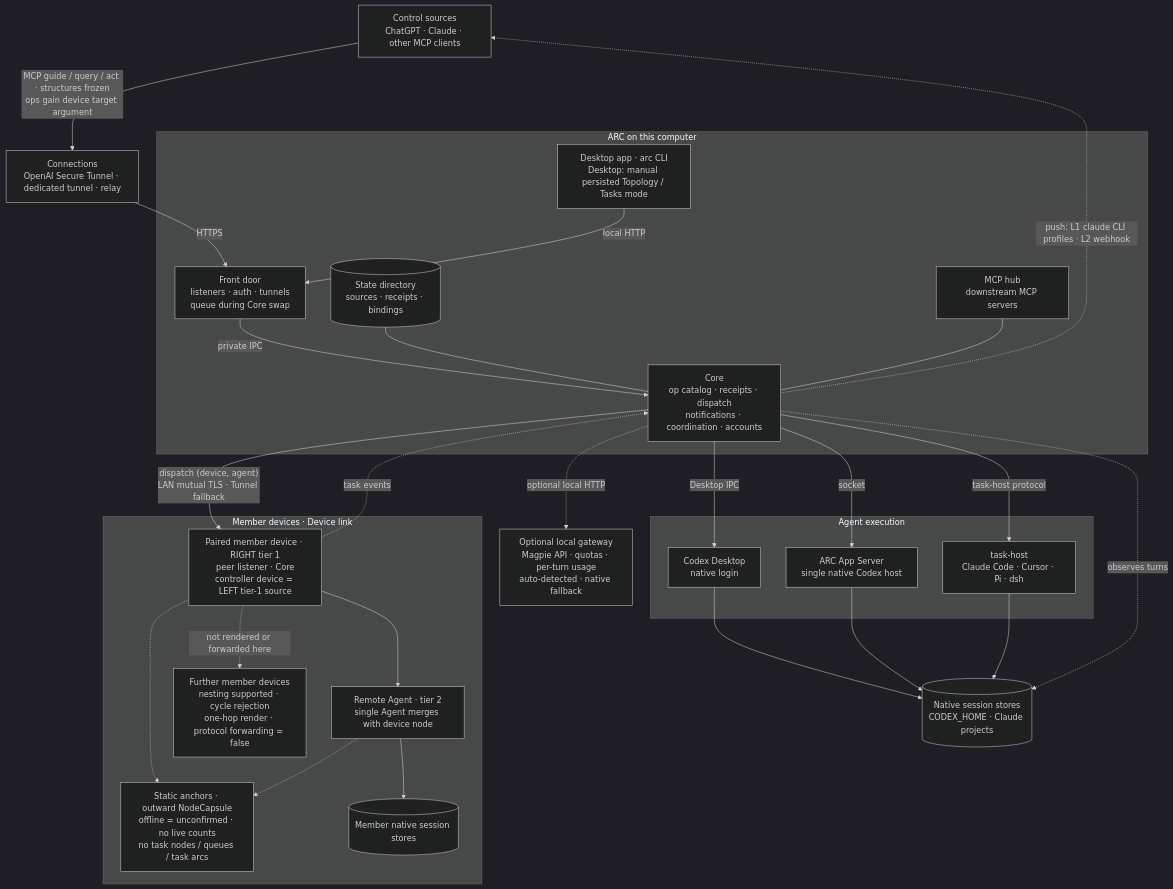
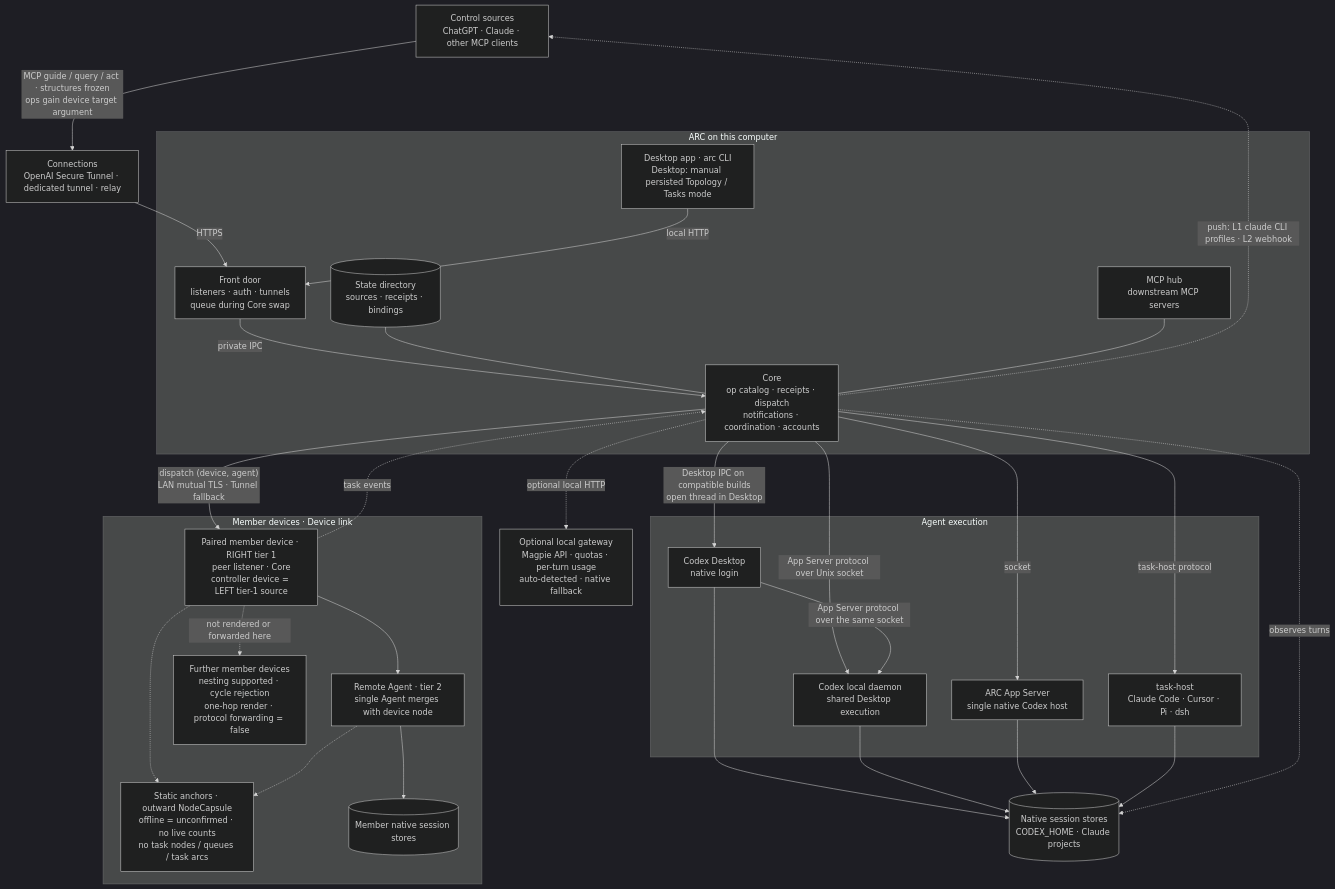
One commit to whzxc/agent-remote-control changed the diagram in arch/system-map.mmd. Above: the diagram before and after it, drawn with Mermaid (dark theme). The commit also changed 13 other files, not shown here.

Commit message:
fix(codex): dispatch Desktop tasks through the shared daemon

```diff
--- a/arch/system-map.mmd
+++ b/arch/system-map.mmd
@@ -1,50 +1,54 @@
 %% ARC system map (layer 0): processes, external parties and how they connect.
 %% Index and code mapping: docs/dev/arch-assets.md
 flowchart TB
   src["Control sources<br/>ChatGPT · Claude · other MCP clients"]
   net["Connections<br/>OpenAI Secure Tunnel · dedicated tunnel · relay"]
   subgraph HOST["ARC on this computer"]
     local["Desktop app · arc CLI<br/>Desktop: manual persisted Topology / Tasks mode"]
     fd["Front door<br/>listeners · auth · tunnels<br/>queue during Core swap"]
     state[("State directory<br/>sources · receipts · bindings")]
     hub["MCP hub<br/>downstream MCP servers"]
     core["Core<br/>op catalog · receipts · dispatch<br/>notifications · coordination · accounts"]
   end
   subgraph EXEC["Agent execution"]
     codexd["Codex Desktop<br/>native login"]
+    codexdaemon["Codex local daemon<br/>shared Desktop execution"]
     appsrv["ARC App Server<br/>single native Codex host"]
     taskhost["task-host<br/>Claude Code · Cursor · Pi · dsh"]
   end
   native[("Native session stores<br/>CODEX_HOME · Claude projects")]
   gateway["Optional local gateway<br/>Magpie API · quotas · per-turn usage<br/>auto-detected · native fallback"]
   subgraph MEMBERS["Member devices · Device link"]
     member["Paired member device · RIGHT tier 1<br/>peer listener · Core<br/>controller device = LEFT tier-1 source"]
     magent["Remote Agent · tier 2<br/>single Agent merges with device node"]
     mstates["Static anchors · outward NodeCapsule<br/>offline = unconfirmed · no live counts<br/>no task nodes / queues / task arcs"]
     mnative[("Member native session stores")]
     descendant["Further member devices<br/>nesting supported · cycle rejection<br/>one-hop render · protocol forwarding = false"]
   end
   src -->|"MCP guide / query / act · structures frozen<br/>ops gain device target argument"| net
   net -->|"HTTPS"| fd
   local -->|"local HTTP"| fd
   fd -->|"private IPC"| core
   state --- core
   hub --- core
-  core -->|"Desktop IPC"| codexd
+  core -->|"Desktop IPC on compatible builds<br/>open thread in Desktop"| codexd
+  core -->|"App Server protocol over Unix socket"| codexdaemon
+  codexd -->|"App Server protocol over the same socket"| codexdaemon
   core -->|"socket"| appsrv
   core -->|"task-host protocol"| taskhost
   codexd --> native
+  codexdaemon --> native
   appsrv --> native
   taskhost --> native
   core -.->|"observes turns"| native
   core -.->|"optional local HTTP"| gateway
   core -.->|"push: L1 claude CLI profiles · L2 webhook"| src
   core -->|"dispatch (device, agent)<br/>LAN mutual TLS · Tunnel fallback"| member
   member -.->|"task events"| core
   member --> magent
   member -.-> mstates
   magent -.-> mstates
   magent --> mnative
   member -.->|"not rendered or forwarded here"| descendant
   class hub experimental
   class member,magent,mstates,descendant experimental
```
